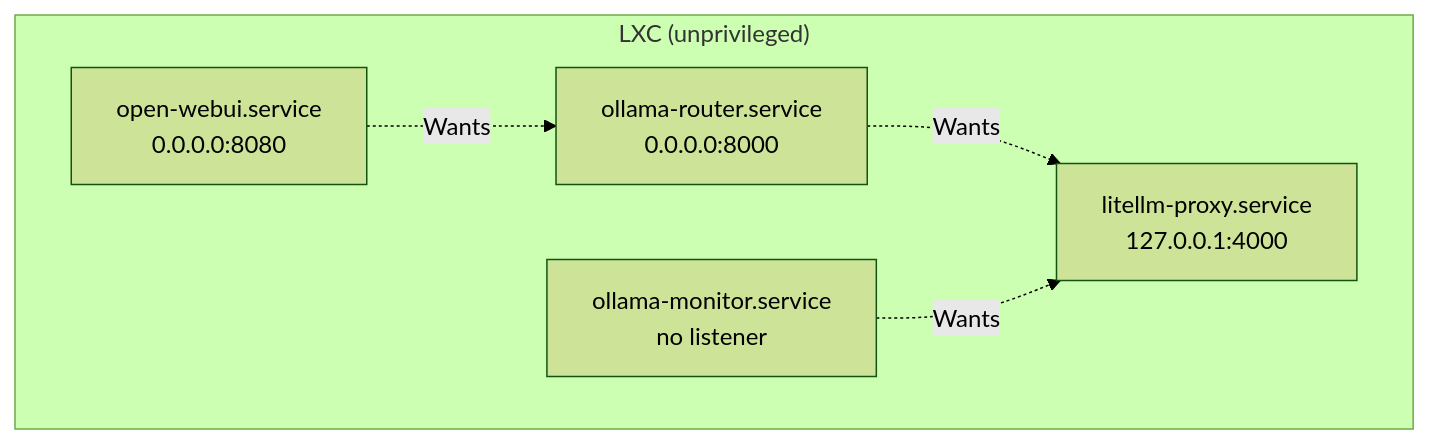
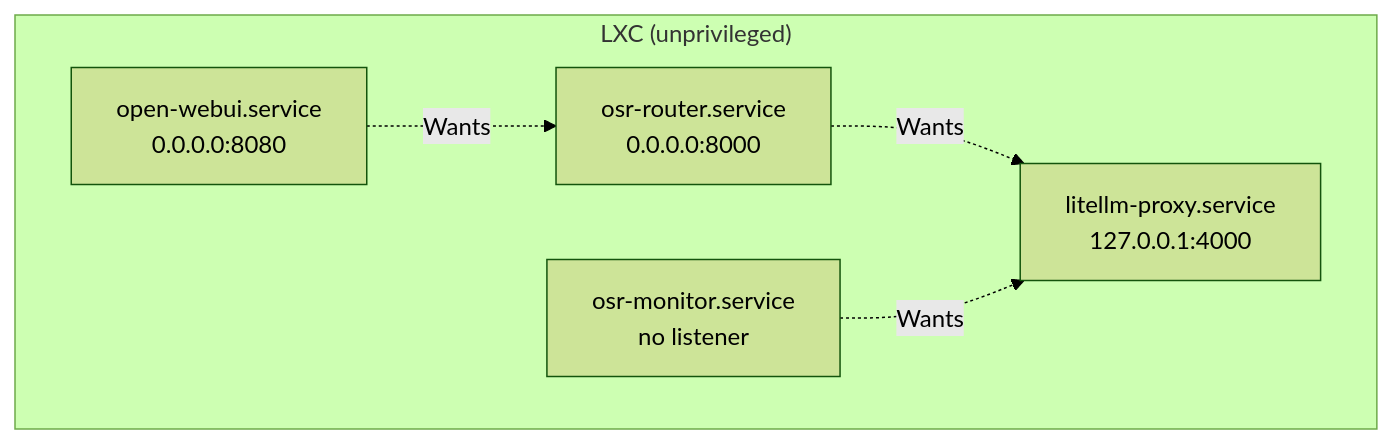
One commit to wwarren/osr changed the second of 3 diagrams in ARCHITECTURE.md. Above: the diagram before and after it, drawn with Mermaid (forest theme). The commit also changed other lines of this file and 46 other files, not shown here.

````diff
--- a/ARCHITECTURE.md
+++ b/ARCHITECTURE.md
@@ -125,12 +125,12 @@
 ```mermaid
 flowchart TB
     subgraph ctr["LXC (unprivileged)"]
         A["open-webui.service<br/>0.0.0.0:8080"]
-        B["ollama-router.service<br/>0.0.0.0:8000"]
+        B["osr-router.service<br/>0.0.0.0:8000"]
         C["litellm-proxy.service<br/>127.0.0.1:4000"]
-        D["ollama-monitor.service<br/>no listener"]
+        D["osr-monitor.service<br/>no listener"]
     end
     A -.->|Wants| B
     B -.->|Wants| C
     D -.->|Wants| C
 ```
````
